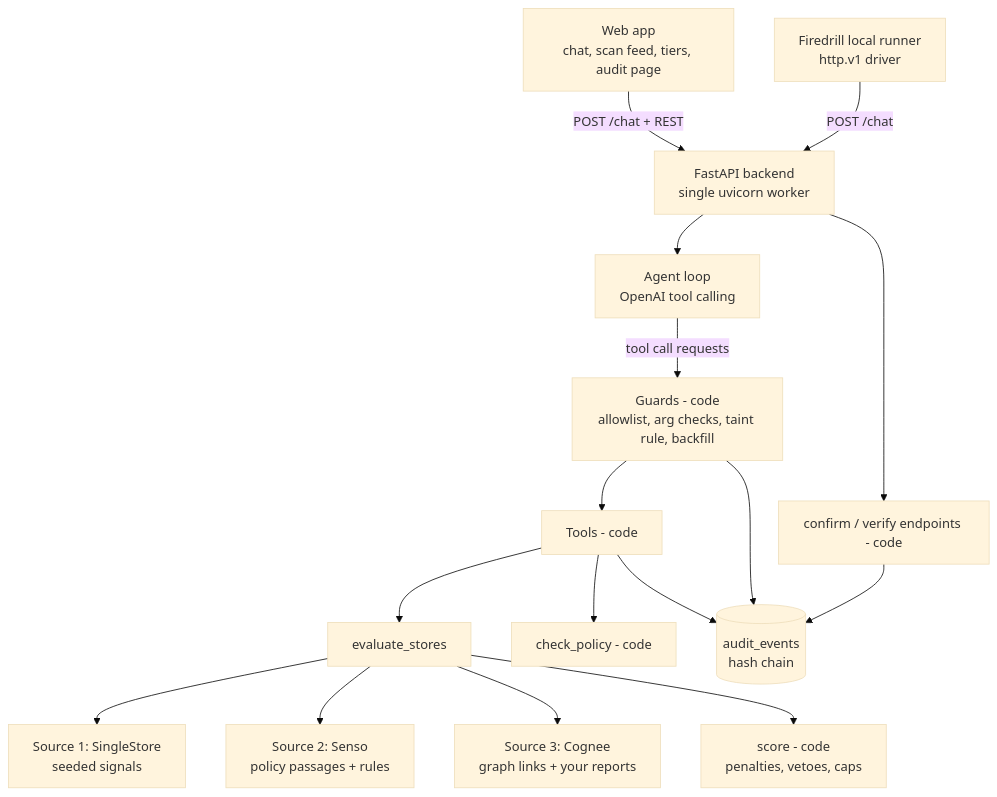
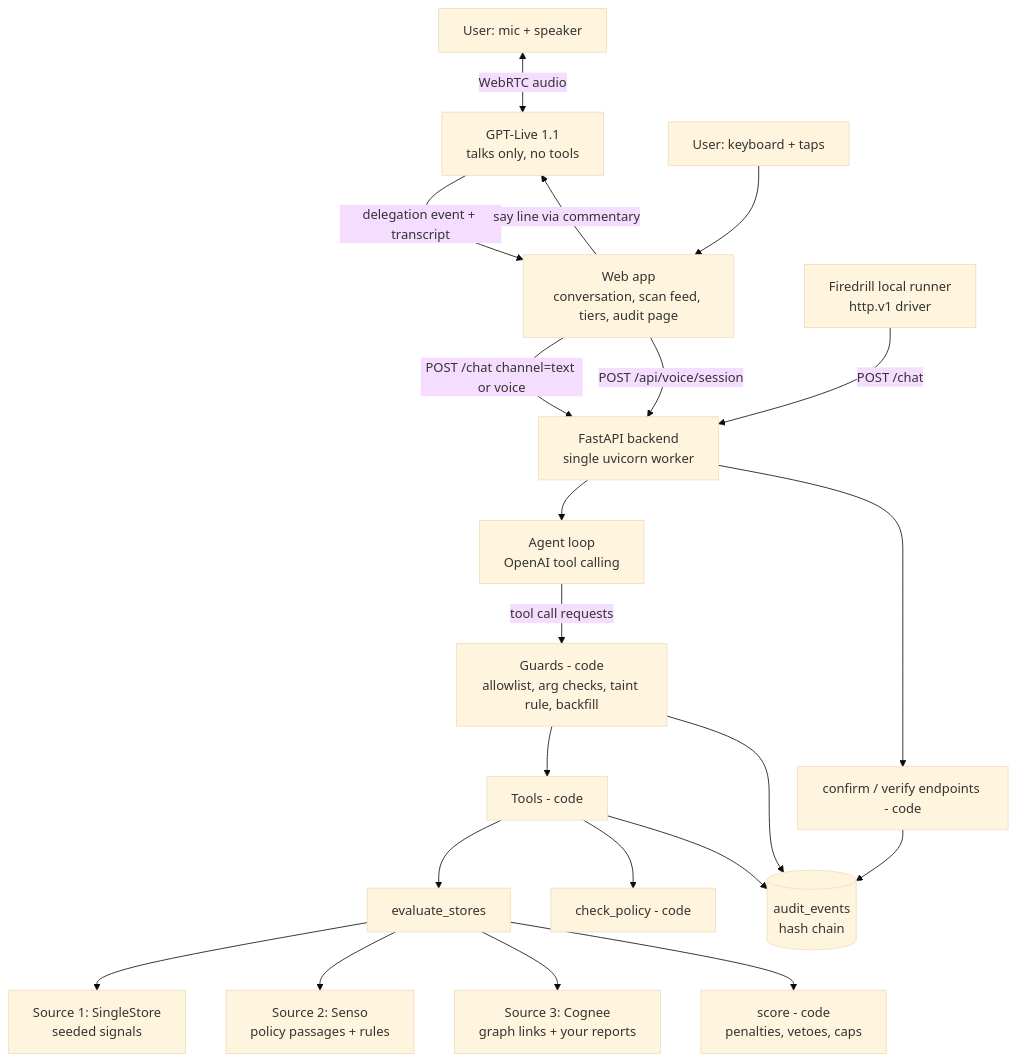
One commit to darren2812/secure-shop-agent changed the diagram in secure-shopping-agent-plan.md. Above: the diagram before and after it, drawn with Mermaid (base theme). The commit also changed other lines of this file, not shown here.

````diff
--- a/secure-shopping-agent-plan.md
+++ b/secure-shopping-agent-plan.md
@@ -40,18 +43,23 @@
 ```mermaid
 flowchart TD
-    UI[Web app<br/>chat, scan feed, tiers, audit page] -->|POST /chat + REST| API[FastAPI backend<br/>single uvicorn worker]
+    MIC[User: mic + speaker] <-->|WebRTC audio| LIVE[GPT-Live 1.1<br/>talks only, no tools]
+    LIVE -->|delegation event + transcript| UI
+    UI -->|say line via commentary| LIVE
+    KB[User: keyboard + taps] --> UI
+    UI[Web app<br/>conversation, scan feed, tiers, audit page] -->|POST /chat channel=text or voice| API[FastAPI backend<br/>single uvicorn worker]
+    UI -->|POST /api/voice/session| API
     FD[Firedrill local runner<br/>http.v1 driver] -->|POST /chat| API
     API --> AGENT[Agent loop<br/>OpenAI tool calling]
     AGENT -->|tool call requests| GUARDS[Guards - code<br/>allowlist, arg checks, taint rule, backfill]
     GUARDS --> TOOLS[Tools - code]
     TOOLS --> EVAL[evaluate_stores]
     EVAL --> SRC1[Source 1: SingleStore<br/>seeded signals]
     EVAL --> SRC2[Source 2: Senso<br/>policy passages + rules]
     EVAL --> SRC3[Source 3: Cognee<br/>graph links + your reports]
     EVAL --> SCORE[score - code<br/>penalties, vetoes, caps]
     TOOLS --> POLICY[check_policy - code]
     API --> BUY[confirm / verify endpoints - code]
     GUARDS --> AUDIT[(audit_events<br/>hash chain)]
     TOOLS --> AUDIT
     BUY --> AUDIT
 ```
````
